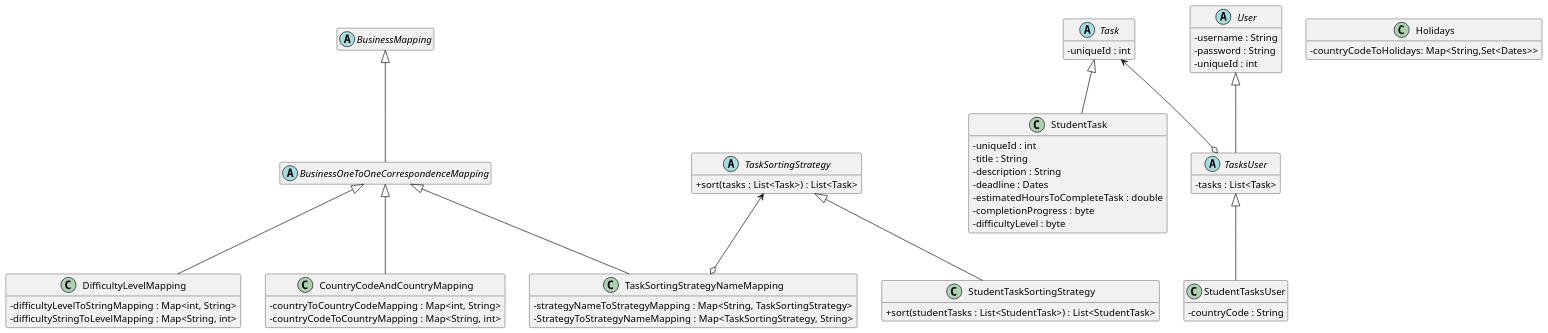
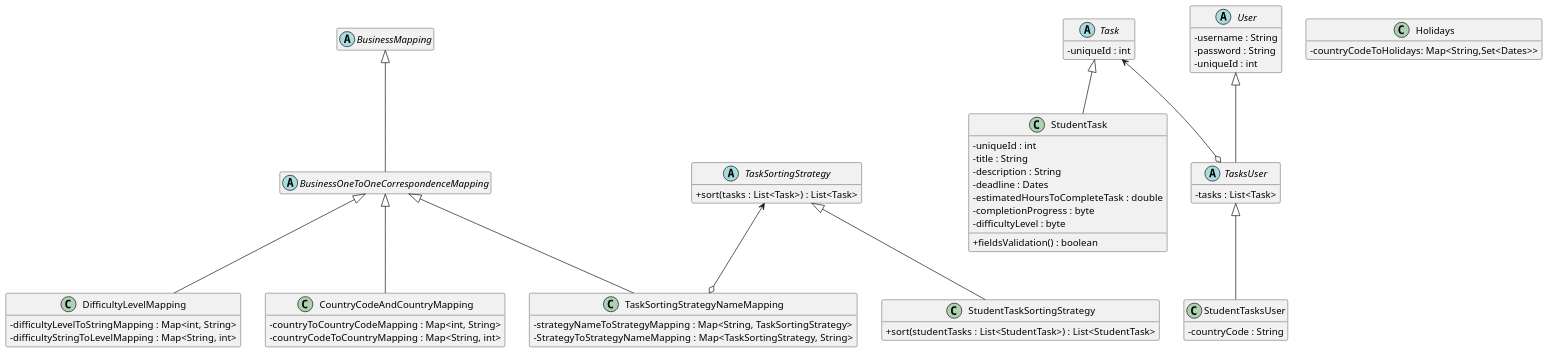
One commit to CSC207-2025F-UofT/team-project changed the first of 2 diagrams in Entities.puml. Above: the diagram before and after it, drawn with PlantUML.

Commit message:
update Entities.puml file to add a validation method for StudentTask

```diff
--- a/Entities.puml
+++ b/Entities.puml
@@ -1,95 +1,96 @@
 @startuml
 'https://plantuml.com/class-diagram
 ' `..|>` represents Interface Realization/Implementation (dashed line with an open arrow).
 ' `--|>` represents Inheritance/Generalization (solid line with an open arrow).
 ' `o-->` represents Aggregation (a hollow diamond pointing to the owner/container). The "\*" indicates multiplicity (e.g., Drawing holds multiple Shape objects).
 skinparam dpi 120
 skinparam classAttributeIconSize 0
 hide empty members
 
 ' ========
 ' Foundational entities
 ' ========
 abstract class BusinessMapping
 
 ' Maps with keys and values being both one-to-one and onto
 abstract class BusinessOneToOneCorrespondenceMapping
 
 ' 1 - Easy, 2 - Average, 3 - Difficult
 class DifficultyLevelMapping {
   - difficultyLevelToStringMapping : Map<int, String>
   - difficultyStringToLevelMapping : Map<String, int>
 }
 
 ' CA - Canada, US - USA, ET - Ethiopia, IN - India, FR - France, GH - Ghana
 class CountryCodeAndCountryMapping {
   - countryToCountryCodeMapping : Map<int, String>
   - countryCodeToCountryMapping : Map<String, int>
 }
 
 class TaskSortingStrategyNameMapping {
  - strategyNameToStrategyMapping : Map<String, TaskSortingStrategy>
  - StrategyToStrategyNameMapping : Map<TaskSortingStrategy, String>
 }
 
 ' The unique ID is only unique per user
 abstract class Task {
   - uniqueId : int
 }
 
 ' The estimated number of hours needed to complete the task must be positive
 ' The completion progress must be an integer between 0 and 100. Both 0 and 100 are allowed.
 class StudentTask {
   - uniqueId : int
   - title : String
   - description : String
   - deadline : Dates
   - estimatedHoursToCompleteTask : double
   - completionProgress : byte
   - difficultyLevel : byte
+  + fieldsValidation() : boolean
 }
 
 abstract class User {
   - username : String
   - password : String
   - uniqueId : int
 }
 
 abstract class TasksUser {
   - tasks : List<Task>
 }
 
 class StudentTasksUser {
   - countryCode : String
 }
 
 abstract class TaskSortingStrategy {
   + sort(tasks : List<Task>) : List<Task>
 }
 
 class StudentTaskSortingStrategy {
   + sort(studentTasks : List<StudentTask>) : List<StudentTask>
 }
 
 ' Country code is in ISO 3166-1 alpha-2 code
 class Holidays {
   - countryCodeToHolidays: Map<String,Set<Dates>>
 }
 
 BusinessMapping <|-- BusinessOneToOneCorrespondenceMapping
 BusinessOneToOneCorrespondenceMapping <|-- DifficultyLevelMapping
 BusinessOneToOneCorrespondenceMapping <|-- CountryCodeAndCountryMapping
 BusinessOneToOneCorrespondenceMapping <|-- TaskSortingStrategyNameMapping
 
 Task <|-- StudentTask
 
 User <|-- TasksUser
 TasksUser <|-- StudentTasksUser
 
 Task <--o TasksUser
 
 TaskSortingStrategy <|-- StudentTaskSortingStrategy
 
 TaskSortingStrategy <--o TaskSortingStrategyNameMapping
 
 @enduml
```
